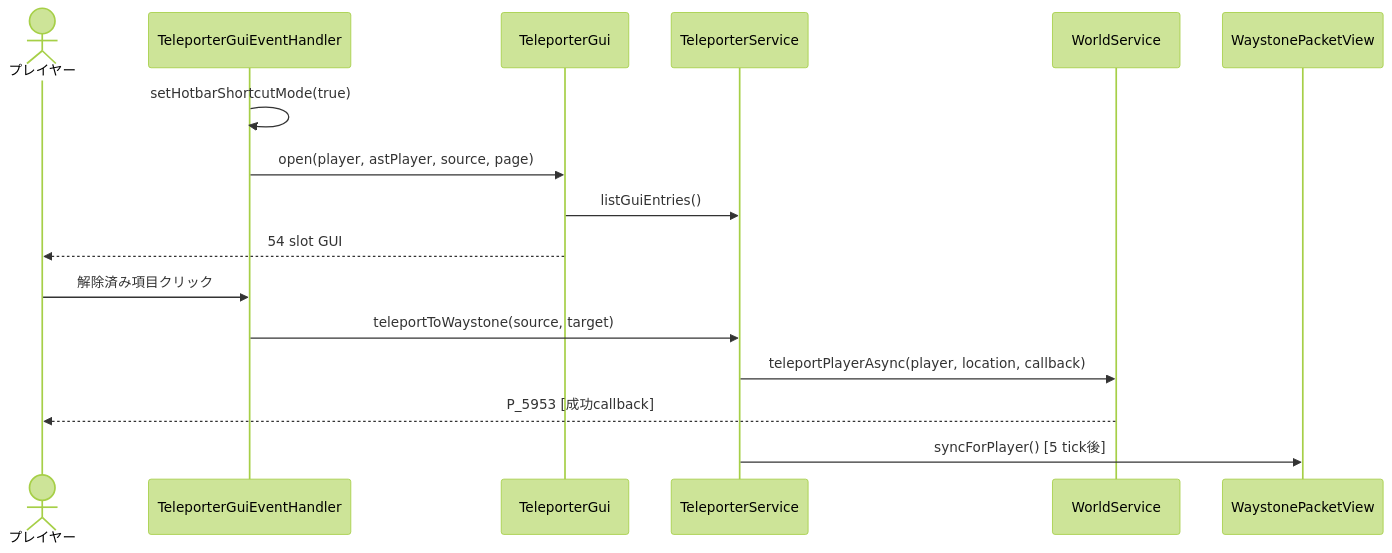
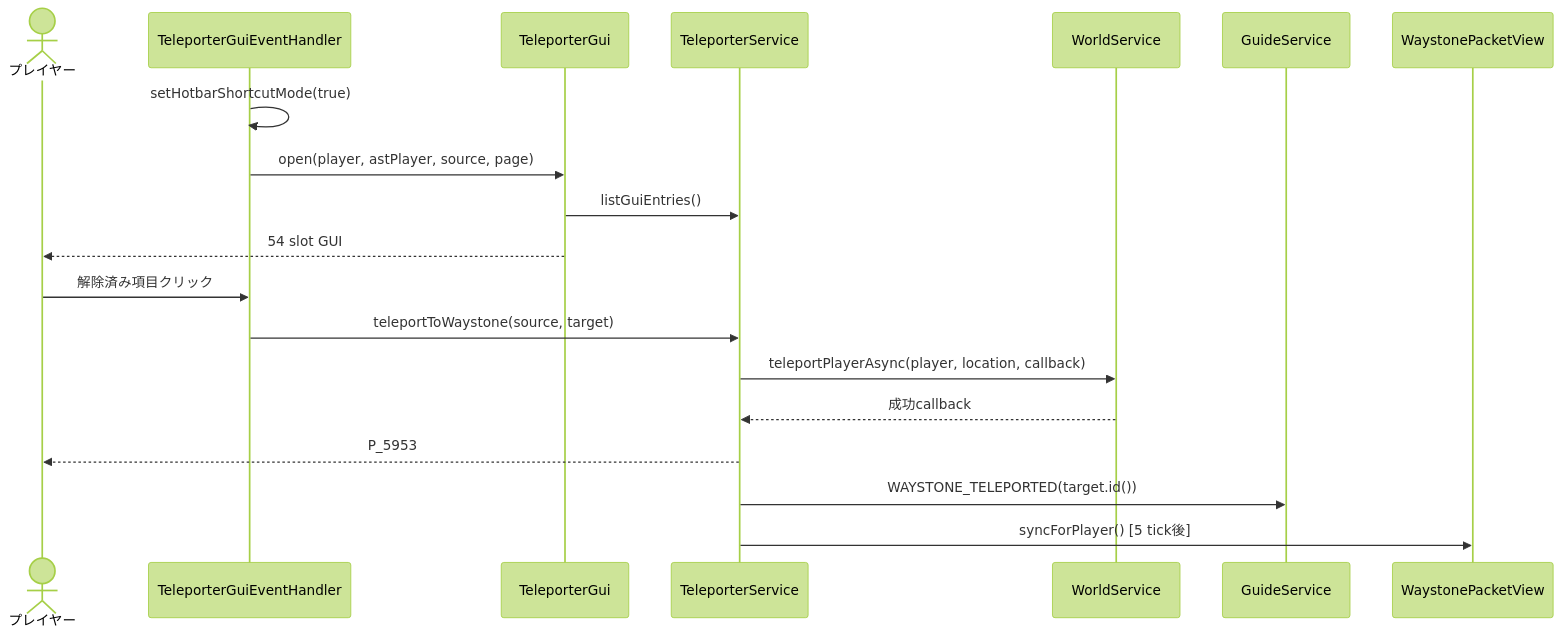
Before and after one commit to maaasu/AstralRecord-Workspace: the fourth of 5 diagrams in 00_docs/10_Plugin設計書/feature/25-teleporter/25_4-統合フロー.md, drawn with Mermaid (forest theme). The commit also changed other lines of this file and 23 other files, not shown here.

````diff
--- a/00_docs/10_Plugin設計書/feature/25-teleporter/25_4-統合フロー.md
+++ b/00_docs/10_Plugin設計書/feature/25-teleporter/25_4-統合フロー.md
@@ -110,18 +110,21 @@
 ```mermaid
 sequenceDiagram
     actor Player as プレイヤー
     participant Handler as TeleporterGuiEventHandler
     participant Gui as TeleporterGui
     participant Service as TeleporterService
     participant World as WorldService
+    participant Guide as GuideService
     participant View as WaystonePacketView
     Handler->>Handler: setHotbarShortcutMode(true)
     Handler->>Gui: open(player, astPlayer, source, page)
     Gui->>Service: listGuiEntries()
     Gui-->>Player: 54 slot GUI
     Player->>Handler: 解除済み項目クリック
     Handler->>Service: teleportToWaystone(source, target)
     Service->>World: teleportPlayerAsync(player, location, callback)
-    World-->>Player: P_5953 [成功callback]
+    World-->>Service: 成功callback
+    Service-->>Player: P_5953
+    Service->>Guide: WAYSTONE_TELEPORTED(target.id())
     Service->>View: syncForPlayer() [5 tick後]
 ```
````
